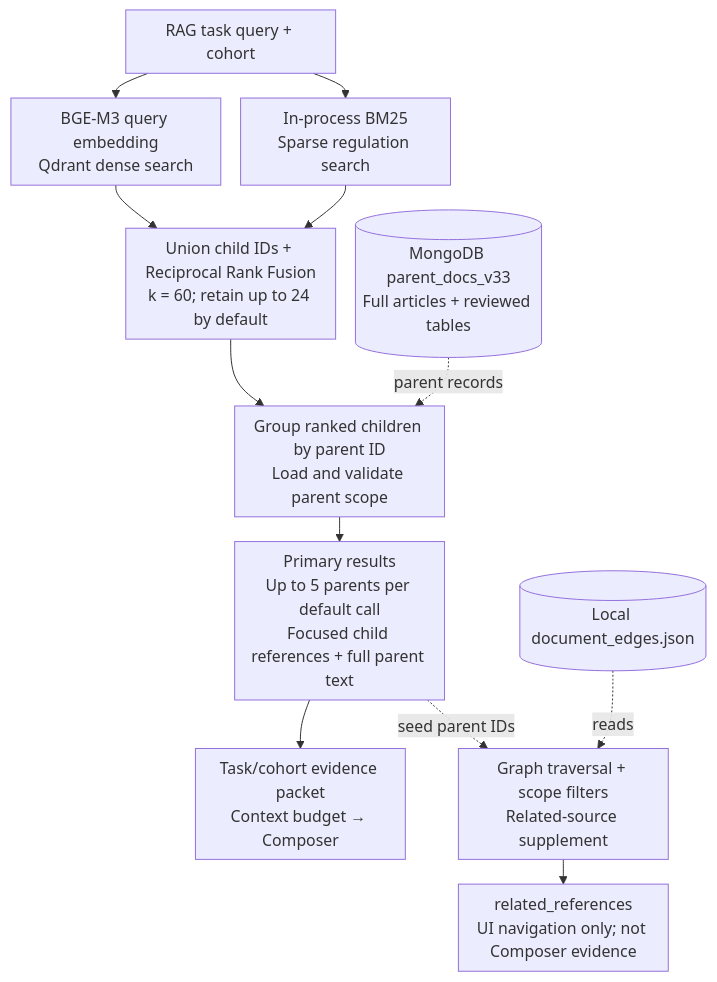
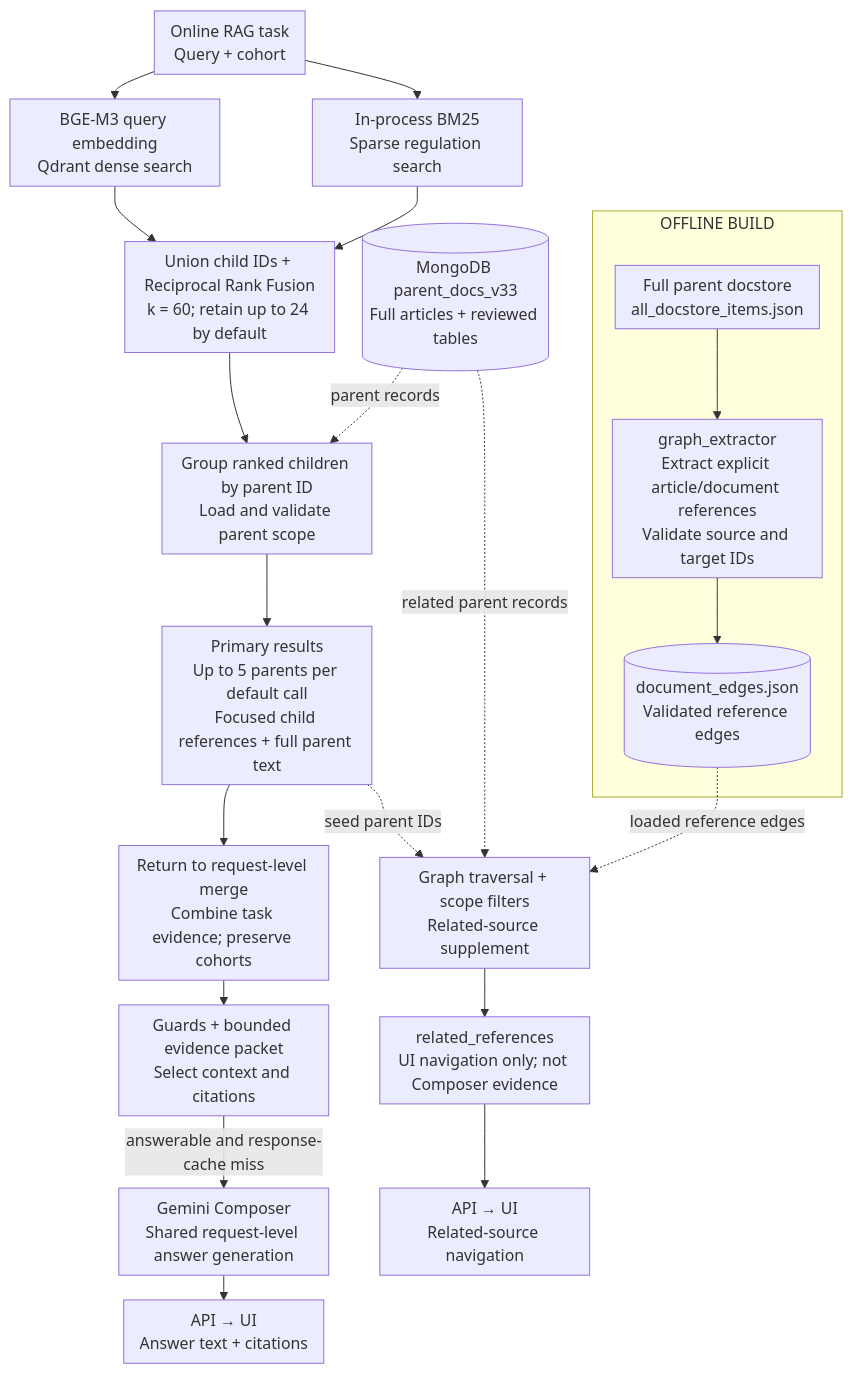
The fourth of 5 diagrams in README.md (AnhPhiNe/student-handbook-rag-chatbot), drawn with Mermaid before and after one commit. The commit also changed other lines of this file, not shown here.

Commit message:
docs: clarify pipeline diagrams and evidence flow

```diff
--- a/README.md
+++ b/README.md
@@ -286,15 +311,24 @@
 ~~~mermaid
 %%{init: {"flowchart": {"wrappingWidth": 180, "nodeSpacing": 20, "rankSpacing": 25, "padding": 8}}}%%
 flowchart TD
-    Task["RAG task query + cohort"] --> Dense["BGE-M3 query embedding<br/>Qdrant dense search"]
+    subgraph Offline["OFFLINE BUILD"]
+        Docstore["Full parent docstore<br/>all_docstore_items.json"] --> Extract["graph_extractor<br/>Extract explicit article/document references<br/>Validate source and target IDs"]
+        Extract --> Edges[("document_edges.json<br/>Validated reference edges")]
+    end
+    Task["Online RAG task<br/>Query + cohort"] --> Dense["BGE-M3 query embedding<br/>Qdrant dense search"]
     Task --> Sparse["In-process BM25<br/>Sparse regulation search"]
     Dense --> Fusion["Union child IDs + Reciprocal Rank Fusion<br/>k = 60; retain up to 24 by default"]
     Sparse --> Fusion
     Fusion --> Group["Group ranked children by parent ID<br/>Load and validate parent scope"]
     Mongo[("MongoDB parent_docs_v33<br/>Full articles + reviewed tables")] -. parent records .-> Group
     Group --> Primary["Primary results<br/>Up to 5 parents per default call<br/>Focused child references + full parent text"]
-    Primary --> Packet["Task/cohort evidence packet<br/>Context budget → Composer"]
+    Primary --> Merge["Return to request-level merge<br/>Combine task evidence; preserve cohorts"]
+    Merge --> Packet["Guards + bounded evidence packet<br/>Select context and citations"]
+    Packet -->|answerable and response-cache miss| Composer["Gemini Composer<br/>Shared request-level answer generation"]
+    Composer --> Answer["API → UI<br/>Answer text + citations"]
     Primary -. seed parent IDs .-> Graph["Graph traversal + scope filters<br/>Related-source supplement"]
-    Edges[("Local document_edges.json")] -. reads .-> Graph
+    Mongo -. related parent records .-> Graph
     Graph --> Related["related_references<br/>UI navigation only; not Composer evidence"]
+    Related --> Navigation["API → UI<br/>Related-source navigation"]
+    Edges -. loaded reference edges .-> Graph
 ~~~
```
